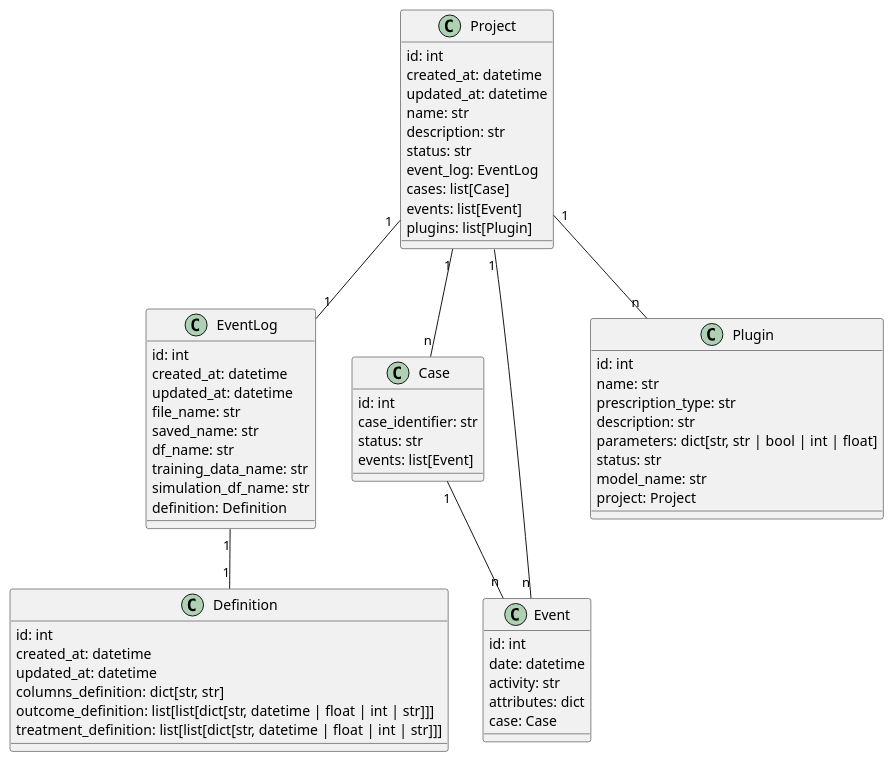
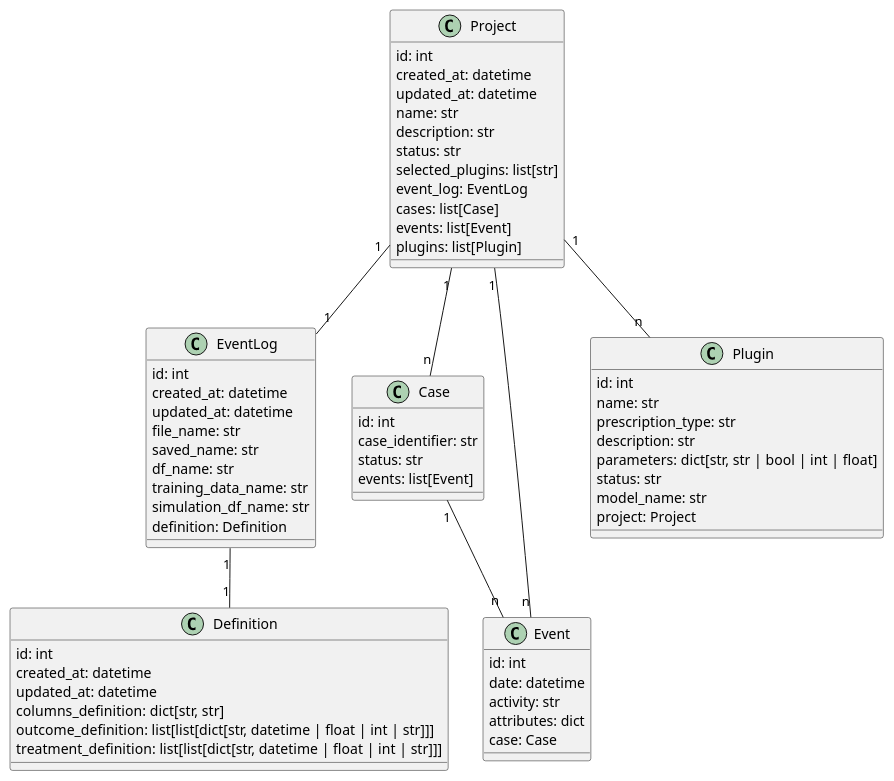
Before and after one commit to prcore/prcore: the diagram in docs/core-classes.plantuml, drawn with PlantUML. The commit also changed 34 other files, not shown here.

```diff
--- a/docs/core-classes.plantuml
+++ b/docs/core-classes.plantuml
@@ -1,70 +1,71 @@
 @startuml core-classes
 
 class EventLog {
     id: int
     created_at: datetime
     updated_at: datetime
     file_name: str
     saved_name: str
     df_name: str
     training_data_name: str
     simulation_df_name: str
     definition: Definition
 }
 
 class Definition {
     id: int
     created_at: datetime
     updated_at: datetime
     columns_definition: dict[str, str]
     outcome_definition: list[list[dict[str, datetime | float | int | str]]]
     treatment_definition: list[list[dict[str, datetime | float | int | str]]]
 }
 
 class Project {
     id: int
     created_at: datetime
     updated_at: datetime
     name: str
     description: str
     status: str
+    selected_plugins: list[str]
     event_log: EventLog
     cases: list[Case]
     events: list[Event]
     plugins: list[Plugin]
 }
 
 class Case{
     id: int
     case_identifier: str
     status: str
     events: list[Event]
 }
 
 class Event{
     id: int
     date: datetime
     activity: str
     attributes: dict
     case: Case
 }
 
 class Plugin {
     id: int
     name: str
     prescription_type: str
     description: str
     parameters: dict[str, str | bool | int | float]
     status: str
     model_name: str
     project: Project
 }
 
 EventLog "1" -- "1" Definition
 Project "1" -- "1" EventLog
 Project "1" -- "n" Case
 Project "1" -- "n" Event
 Case "1" -- "n" Event
 Project "1" -- "n" Plugin
 
 @enduml
```
